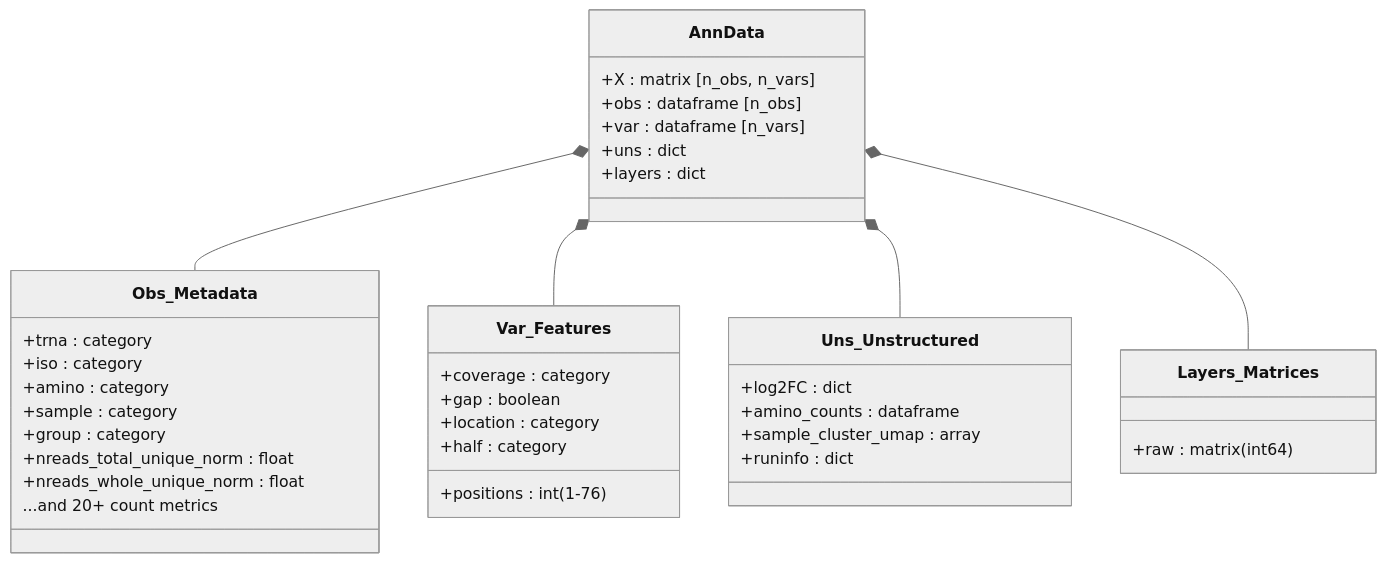
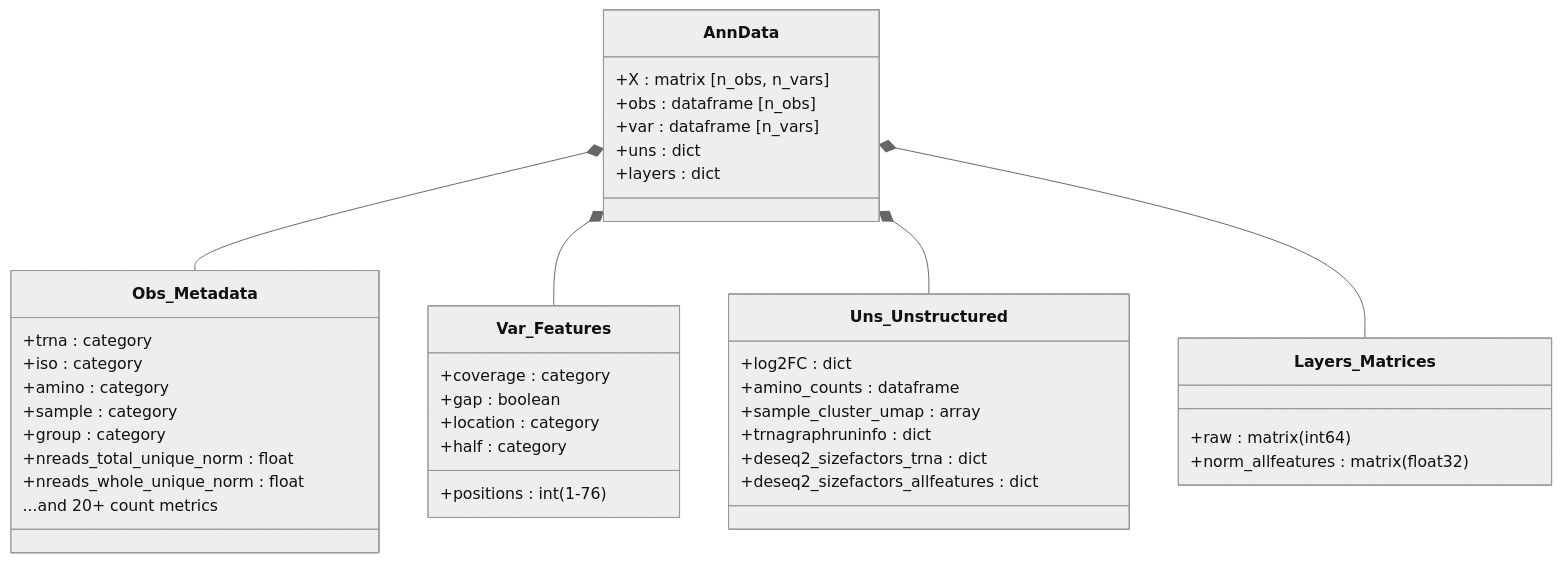
Before and after one commit to alba1735/tRNAgraph: the diagram in docs/data_structure.md, drawn with Mermaid (neutral theme). The commit also changed other lines of this file and 7 other files, not shown here.

````diff
--- a/docs/data_structure.md
+++ b/docs/data_structure.md
@@ -12,45 +12,48 @@
 ```mermaid
 classDiagram
     class AnnData {
         +X : matrix [n_obs, n_vars]
         +obs : dataframe [n_obs]
         +var : dataframe [n_vars]
         +uns : dict
         +layers : dict
     }
 
     class Obs_Metadata {
         +trna : category
         +iso : category
         +amino : category
         +sample : category
         +group : category
         +nreads_total_unique_norm : float
         +nreads_whole_unique_norm : float
         ...and 20+ count metrics
     }
 
     class Var_Features {
         +positions : int (1-76)
         +coverage : category
         +gap : boolean
         +location : category
         +half : category
     }
 
     class Uns_Unstructured {
         +log2FC : dict<group, df>
         +amino_counts : dataframe
         +sample_cluster_umap : array
-        +runinfo : dict
+        +trnagraphruninfo : dict
+        +deseq2_sizefactors_trna : dict
+        +deseq2_sizefactors_allfeatures : dict
     }
 
     class Layers_Matrices {
         +raw : matrix (int64)
+        +norm_allfeatures : matrix (float32)
     }
 
     AnnData *-- Obs_Metadata
     AnnData *-- Var_Features
     AnnData *-- Uns_Unstructured
     AnnData *-- Layers_Matrices
 ```
````
